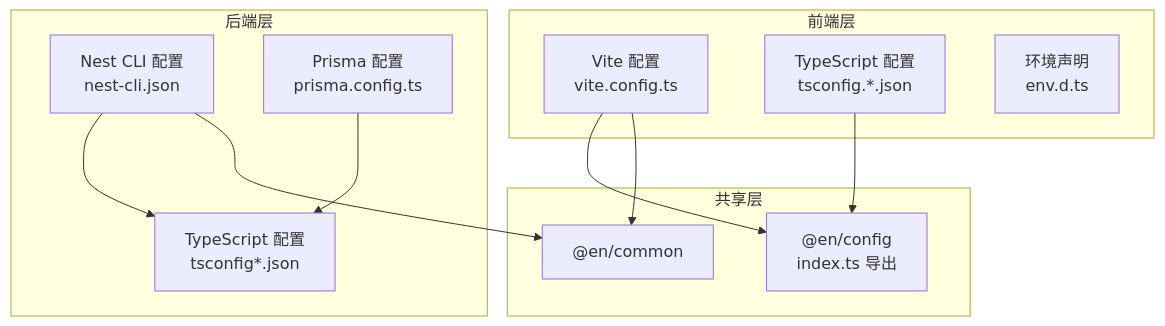
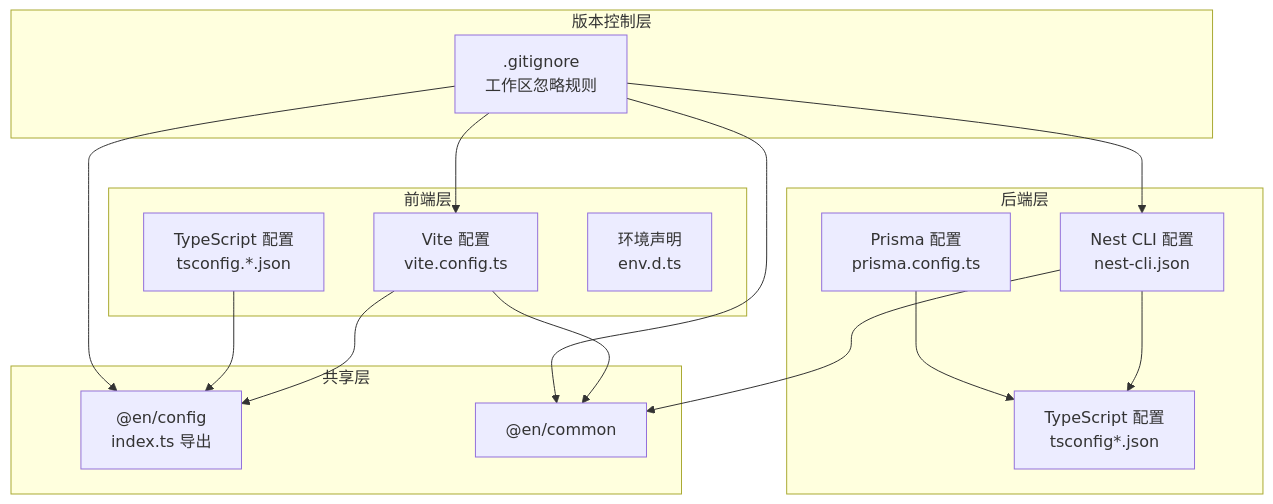
The second of 8 diagrams in .qoder/repowiki/zh/content/配置管理/配置管理.md (LihaoZDB/English-Study), drawn with Mermaid before and after one commit. The commit also changed other lines of this file and 6 other files, not shown here.

````diff
--- a/.qoder/repowiki/zh/content/配置管理/配置管理.md
+++ b/.qoder/repowiki/zh/content/配置管理/配置管理.md
@@ -94,23 +106,30 @@
 ```mermaid
 graph TB
 subgraph "前端层"
 ViteCfg["Vite 配置<br/>vite.config.ts"]
 WebTs["TypeScript 配置<br/>tsconfig.*.json"]
 EnvDecl["环境声明<br/>env.d.ts"]
 end
 subgraph "后端层"
 NestCli["Nest CLI 配置<br/>nest-cli.json"]
 SrvTs["TypeScript 配置<br/>tsconfig*.json"]
 PrismaCfg["Prisma 配置<br/>prisma.config.ts"]
 end
 subgraph "共享层"
 CfgPkg["@en/config<br/>index.ts 导出"]
 CommonPkg["@en/common"]
 end
+subgraph "版本控制层"
+GitIgnore[".gitignore<br/>工作区忽略规则"]
+end
 ViteCfg --> CfgPkg
 WebTs --> CfgPkg
 NestCli --> SrvTs
 PrismaCfg --> SrvTs
 ViteCfg --> CommonPkg
 NestCli --> CommonPkg
+GitIgnore --> ViteCfg
+GitIgnore --> NestCli
+GitIgnore --> CfgPkg
+GitIgnore --> CommonPkg
 ```
````
